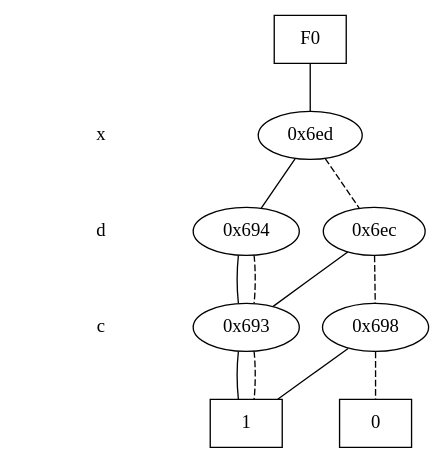
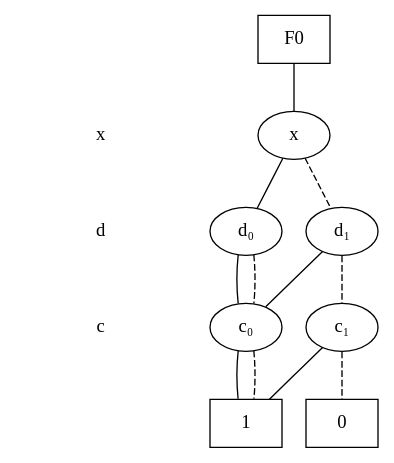
The diagram in zdd_plots/r2_zdd.dot (NathanNator/ECE6745_Final_Project), drawn with Graphviz before and after one commit. The commit also changed 12 other files, not shown here.

```diff
--- a/zdd_plots/r2_zdd.dot
+++ b/zdd_plots/r2_zdd.dot
@@ -1,41 +1,41 @@
 digraph "ZDD" {
 size = "7.5,10"
 center = true;
 edge [dir = none];
 { node [shape = plaintext];
   edge [style = invis];
   "CONST NODES" [style = invis];
 " x " -> " d " -> " c " -> "CONST NODES"; 
 }
 { rank = same; node [shape = box]; edge [style = invis];
 "F0"; }
 { rank = same; " x ";
-"0x6ed";
+"x";
 }
 { rank = same; " d ";
-"0x694";
-"0x6ec";
+"d₀";
+"d₁";
 }
 { rank = same; " c ";
-"0x693";
-"0x698";
+"c₀";
+"c₁";
 }
 { rank = same; "CONST NODES";
 { node [shape = box]; "0x626";
 "0x625";
 }
 }
-"F0" -> "0x6ed" [style = solid];
-"0x6ed" -> "0x694";
-"0x6ed" -> "0x6ec" [style = dashed];
-"0x694" -> "0x693";
-"0x694" -> "0x693" [style = dashed];
-"0x6ec" -> "0x693";
-"0x6ec" -> "0x698" [style = dashed];
-"0x693" -> "0x625";
-"0x693" -> "0x625" [style = dashed];
-"0x698" -> "0x625";
-"0x698" -> "0x626" [style = dashed];
+"F0" -> "x" [style = solid];
+"x" -> "d₀";
+"x" -> "d₁" [style = dashed];
+"d₀" -> "c₀";
+"d₀" -> "c₀" [style = dashed];
+"d₁" -> "c₀";
+"d₁" -> "c₁" [style = dashed];
+"c₀" -> "0x625";
+"c₀" -> "0x625" [style = dashed];
+"c₁" -> "0x625";
+"c₁" -> "0x626" [style = dashed];
 "0x626" [label = "0"];
 "0x625" [label = "1"];
 }
```
